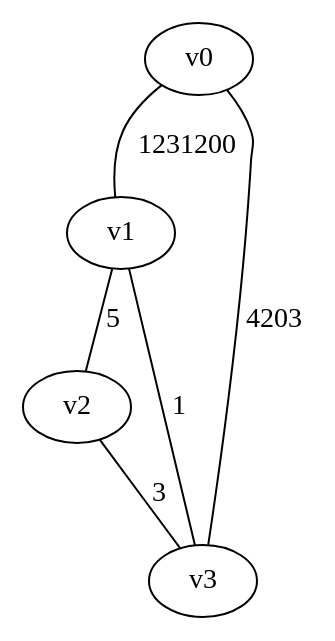
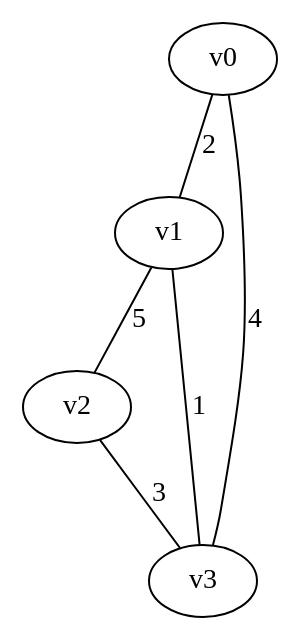
One commit to mouda/algorithm changed the diagram in PA3/inputs/gn4.dot. Above: the diagram before and after it, drawn with Graphviz. The commit also changed 5 other files, not shown here.

```diff
--- a/PA3/inputs/gn4.dot
+++ b/PA3/inputs/gn4.dot
@@ -1,7 +1,7 @@
-graph G {
-v0 -- v1  [label = "1231200"];
+graph gn4 {
+v0 -- v1  [label = "2"];
 v1 -- v2  [label = "5"];
-v0 -- v3  [label = "4203"];
+v0 -- v3  [label = "4"];
 v2 -- v3  [label = "3"];
 v1 -- v3  [label = "1"];
 }
```
